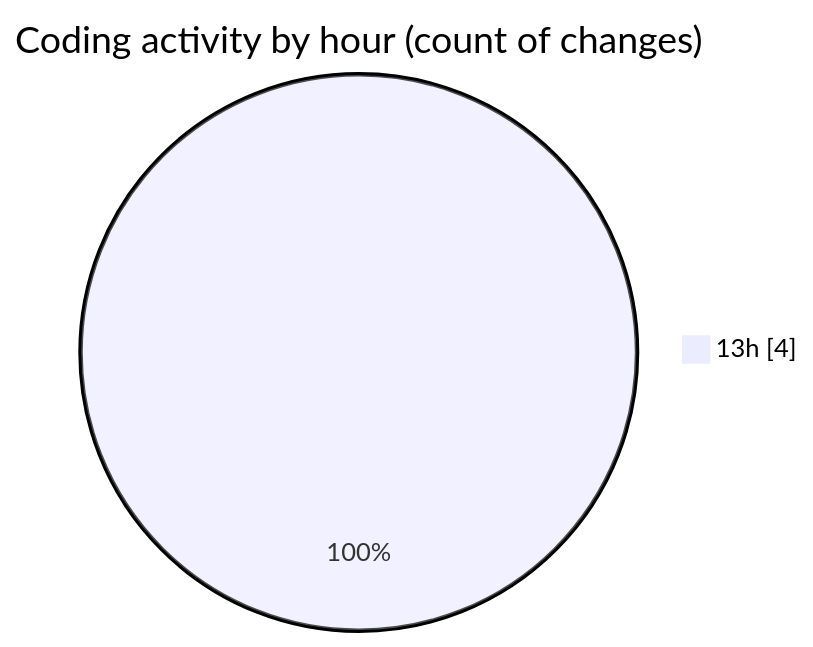
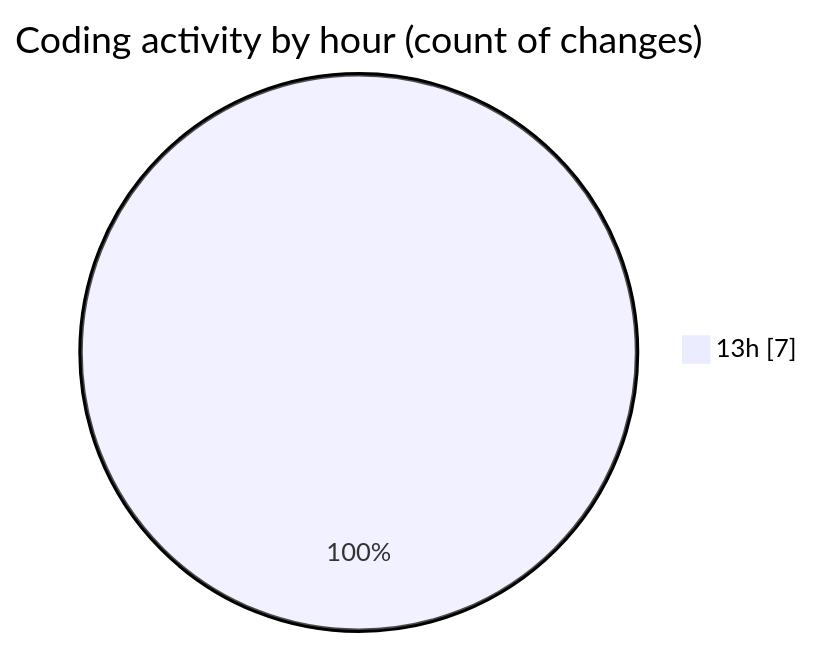
One commit to charlie-sans/code-tracking changed the second of 2 diagrams in 2025-02-24/micros/README.md. Above: the diagram before and after it, drawn with Mermaid. The commit also changed other lines of this file and 1 other file, not shown here.

````diff
--- a/2025-02-24/micros/README.md
+++ b/2025-02-24/micros/README.md
@@ -28,5 +32,5 @@
 ```mermaid
 pie showData
 title Coding activity by hour (count of changes)
-"13h" : 4
+"13h" : 7
 ```
````
